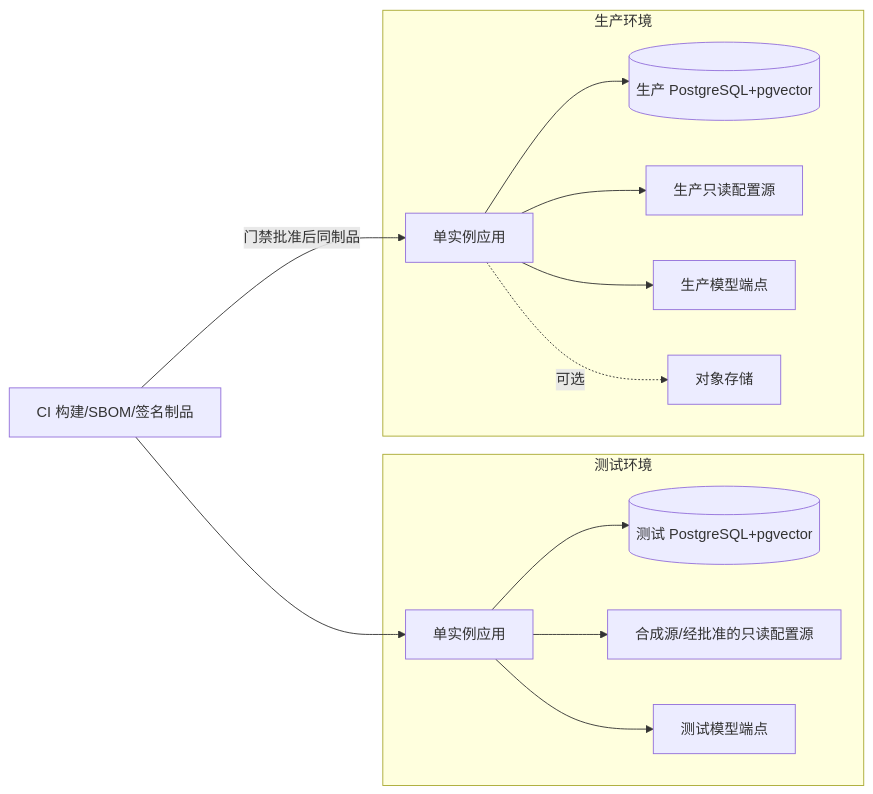
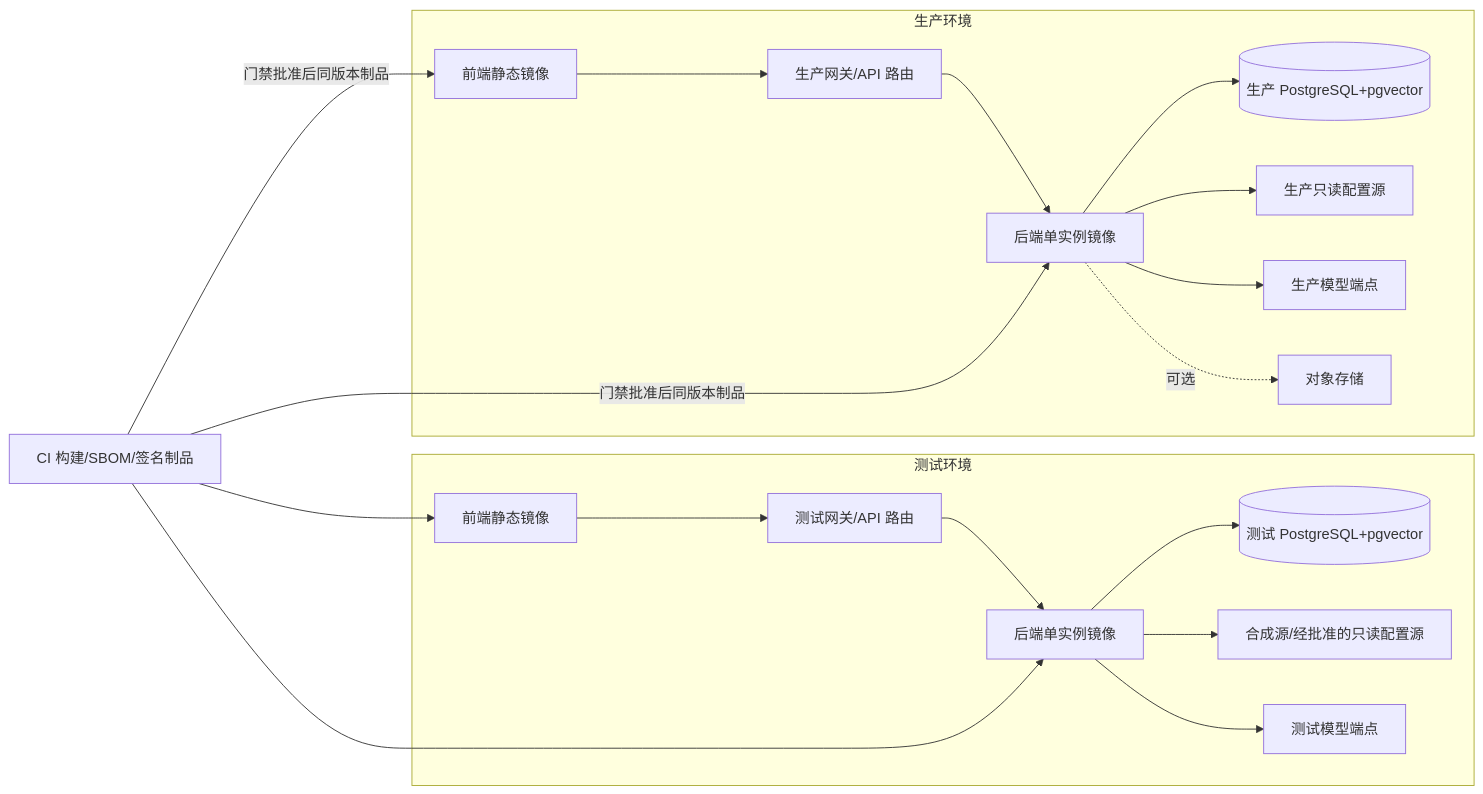
Before and after one commit to yigeyige/finance-agent: the sixth of 6 diagrams in solutions/生产落地技术方案/00-财务共享智能运维Agent-生产落地技术方案.md, drawn with Mermaid. The commit also changed other lines of this file and 33 other files, not shown here.

````diff
--- a/solutions/生产落地技术方案/00-财务共享智能运维Agent-生产落地技术方案.md
+++ b/solutions/生产落地技术方案/00-财务共享智能运维Agent-生产落地技术方案.md
@@ -335,16 +342,22 @@
 ```mermaid
 flowchart LR
     subgraph TEST[测试环境]
-      TA[单实例应用] --> TP[(测试 PostgreSQL+pgvector)]
+      TF[前端静态镜像] --> TG[测试网关/API 路由]
+      TG --> TA[后端单实例镜像]
+      TA --> TP[(测试 PostgreSQL+pgvector)]
       TA --> TS[合成源/经批准的只读配置源]
       TA --> TM[测试模型端点]
     end
     subgraph PROD[生产环境]
-      PA[单实例应用] --> PP[(生产 PostgreSQL+pgvector)]
+      PF[前端静态镜像] --> PGW[生产网关/API 路由]
+      PGW --> PA[后端单实例镜像]
+      PA --> PP[(生产 PostgreSQL+pgvector)]
       PA --> PS[生产只读配置源]
       PA --> PM[生产模型端点]
       PA -.可选.-> PO[对象存储]
     end
-    CI[CI 构建/SBOM/签名制品] --> TA
-    CI -->|门禁批准后同制品| PA
+    CI[CI 构建/SBOM/签名制品] --> TF
+    CI --> TA
+    CI -->|门禁批准后同版本制品| PF
+    CI -->|门禁批准后同版本制品| PA
 ```
````
